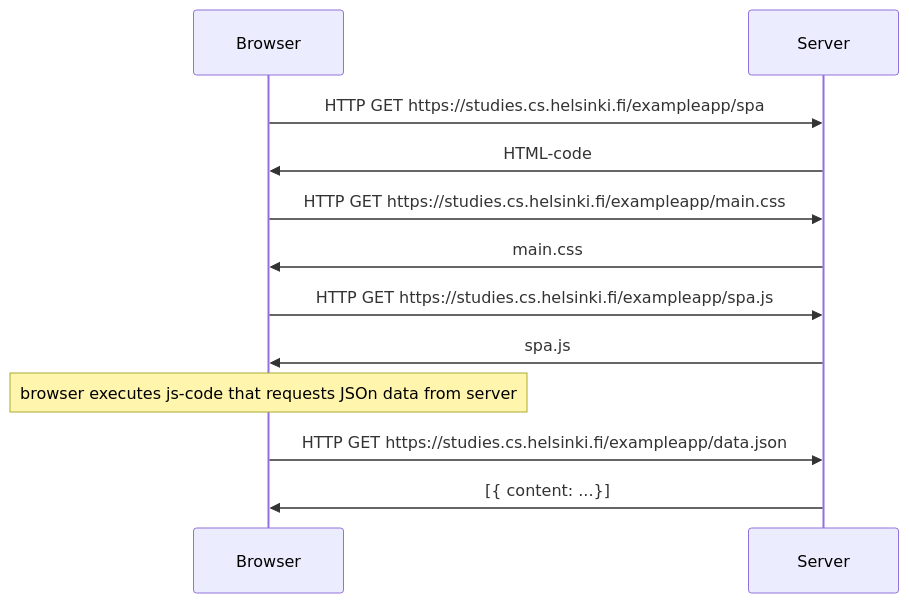
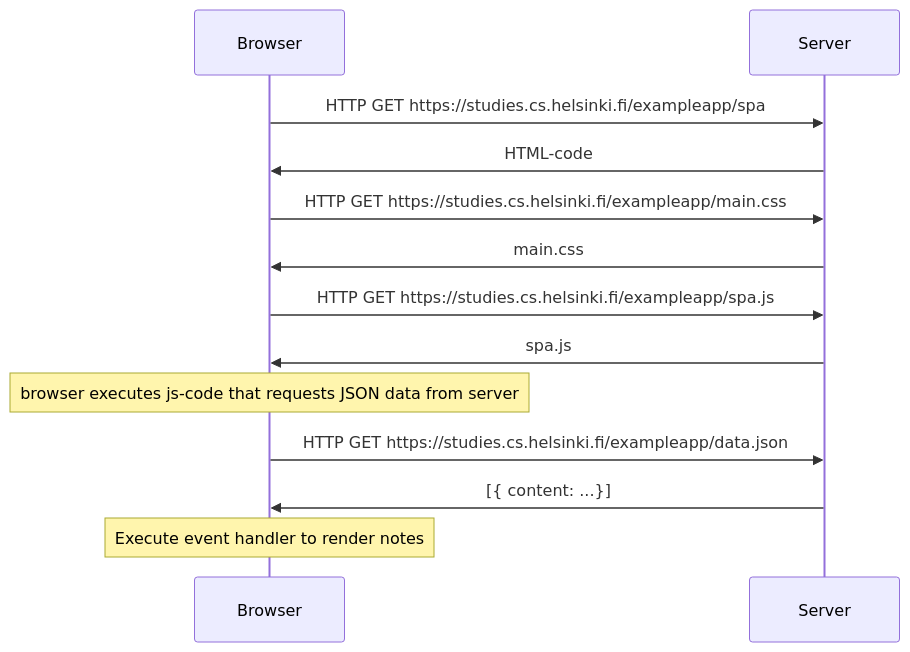
One commit to RotcivL/FSO changed the diagram in part0/SpaDiagram.md. Above: the diagram before and after it, drawn with Mermaid. The commit also changed 1 other file, not shown here.

Commit message:
Spa New Note Diagram complete

````diff
--- a/part0/SpaDiagram.md
+++ b/part0/SpaDiagram.md
@@ -1,12 +1,13 @@
 ```mermaid
 sequenceDiagram
 Browser->>Server: HTTP GET https://studies.cs.helsinki.fi/exampleapp/spa
 Server->>Browser: HTML-code
 Browser->>Server: HTTP GET https://studies.cs.helsinki.fi/exampleapp/main.css
 Server->>Browser: main.css
 Browser->>Server: HTTP GET https://studies.cs.helsinki.fi/exampleapp/spa.js
 Server->>Browser: spa.js
-Note over Browser: browser executes js-code that requests JSOn data from server
+Note over Browser: browser executes js-code that requests JSON data from server
 Browser->>Server: HTTP GET https://studies.cs.helsinki.fi/exampleapp/data.json
 Server->>Browser: [{ content: ...}]
+Note over Browser: Execute event handler to render notes
 ```
````
